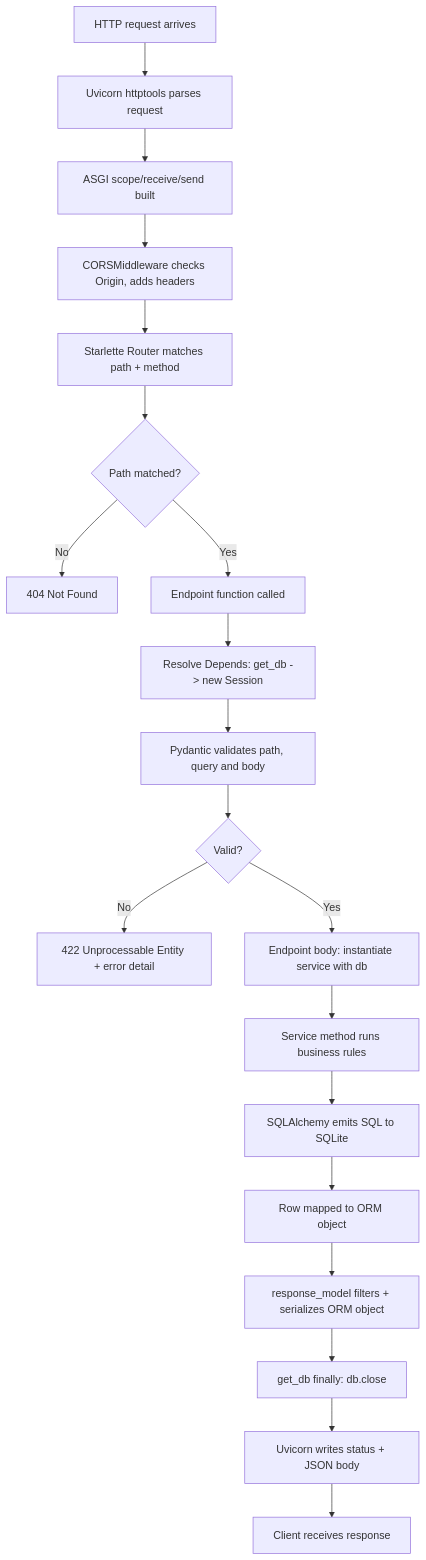
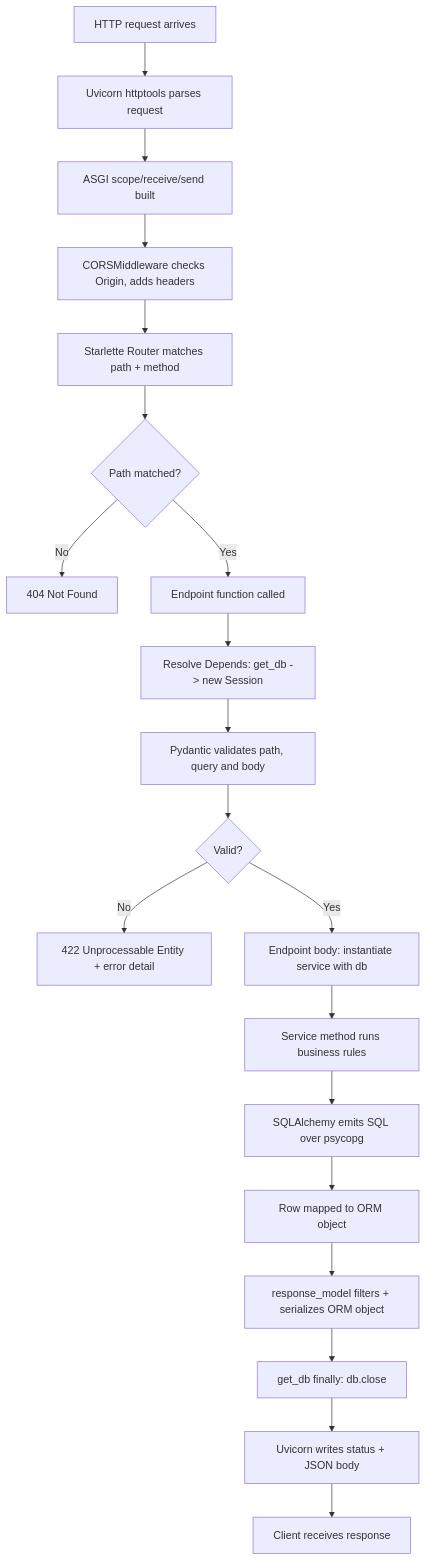
Before and after one commit to abhijeetBhale/FastAPI: the second of 8 diagrams in awesome-project/README.md, drawn with Mermaid. The commit also changed other lines of this file and 26 other files, not shown here.

````diff
--- a/awesome-project/README.md
+++ b/awesome-project/README.md
@@ -216,22 +231,22 @@
 ```mermaid
 flowchart TD
     S[HTTP request arrives] --> U[Uvicorn httptools parses request]
     U --> ASGI[ASGI scope/receive/send built]
     ASGI --> MW[CORSMiddleware checks Origin, adds headers]
     MW --> RT[Starlette Router matches path + method]
     RT --> NOT{Path matched?}
     NOT -->|No| NF[404 Not Found]
     NOT -->|Yes| EP[Endpoint function called]
     EP --> DEP[Resolve Depends: get_db -> new Session]
     DEP --> VAL[Pydantic validates path, query and body]
     VAL --> OK{Valid?}
     OK -->|No| E422[422 Unprocessable Entity + error detail]
     OK -->|Yes| FN[Endpoint body: instantiate service with db]
     FN --> SVC[Service method runs business rules]
-    SVC --> ORM[SQLAlchemy emits SQL to SQLite]
+    SVC --> ORM[SQLAlchemy emits SQL over psycopg]
     ORM --> ROW[Row mapped to ORM object]
     ROW --> RESP[response_model filters + serializes ORM object]
     RESP --> CLOSE[get_db finally: db.close]
     CLOSE --> SER[Uvicorn writes status + JSON body]
     SER --> DONE[Client receives response]
 ```
````
